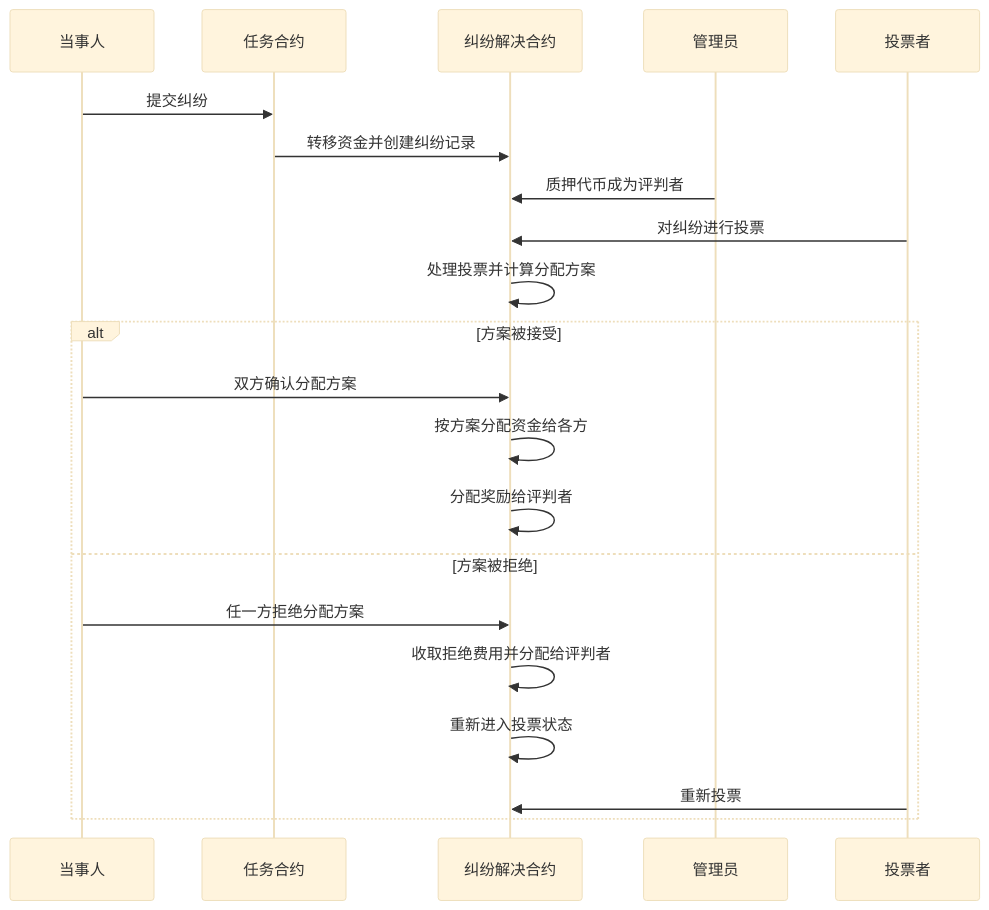
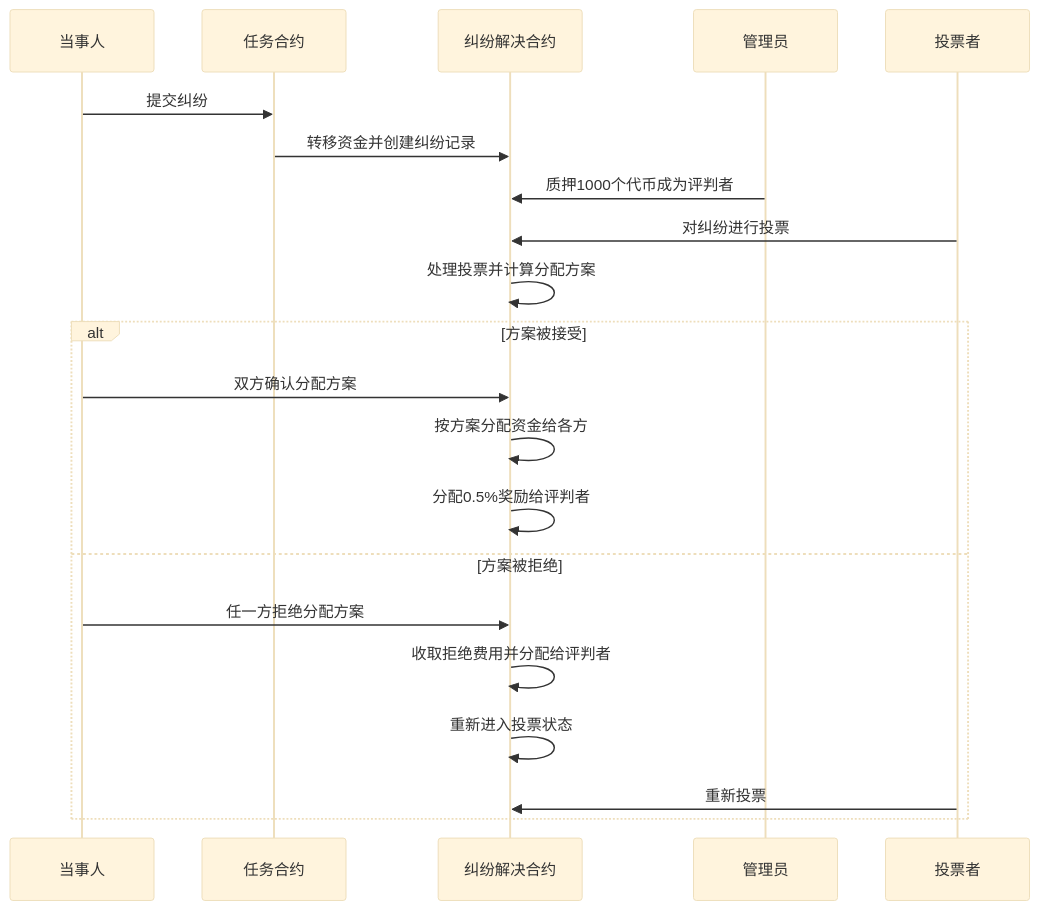
One commit to KamisAyaka/crowdsourcing changed the fifth of 5 diagrams in README.md. Above: the diagram before and after it, drawn with Mermaid (base theme). The commit also changed other lines of this file and 3 other files, not shown here.

````diff
--- a/README.md
+++ b/README.md
@@ -246,24 +131,24 @@
 ```mermaid
 sequenceDiagram
     participant P as 当事人
     participant T as 任务合约
     participant D as 纠纷解决合约
     participant A as 管理员
     participant V as 投票者
 
     P->>T: 提交纠纷
     T->>D: 转移资金并创建纠纷记录
-    A->>D: 质押代币成为评判者
+    A->>D: 质押1000个代币成为评判者
     V->>D: 对纠纷进行投票
     D->>D: 处理投票并计算分配方案
     alt 方案被接受
         P->>D: 双方确认分配方案
         D->>D: 按方案分配资金给各方
-        D->>D: 分配奖励给评判者
+        D->>D: 分配0.5%奖励给评判者
     else 方案被拒绝
         P->>D: 任一方拒绝分配方案
         D->>D: 收取拒绝费用并分配给评判者
         D->>D: 重新进入投票状态
         V->>D: 重新投票
     end
 ```
````
